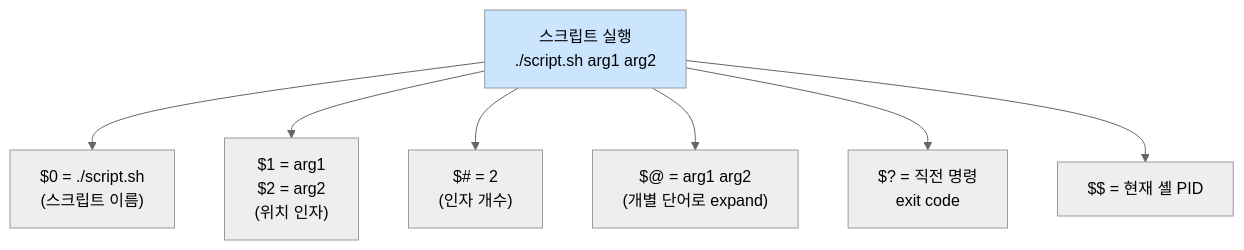
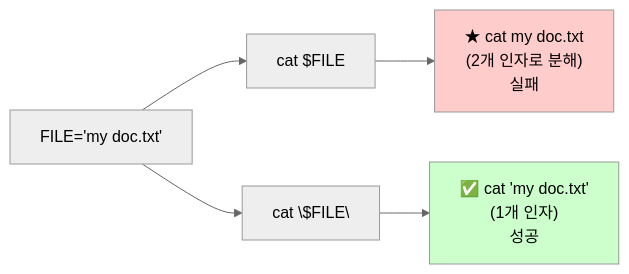
Before and after one commit to codewhite7777/codyssey_notes: the diagram in codyssey_b1_1_study/bash-fundamentals.md, drawn with Mermaid (neutral theme). The commit also changed other lines of this file and 5 other files, not shown here.

````diff
--- a/codyssey_b1_1_study/bash-fundamentals.md
+++ b/codyssey_b1_1_study/bash-fundamentals.md
@@ -90,11 +190,11 @@
 ```mermaid
-flowchart TD
-    A["스크립트 실행<br/>./script.sh arg1 arg2"] --> B["$0 = ./script.sh<br/>(스크립트 이름)"]
-    A --> C["$1 = arg1<br/>$2 = arg2<br/>(위치 인자)"]
-    A --> D["$# = 2<br/>(인자 개수)"]
-    A --> E["$@ = arg1 arg2<br/>(개별 단어로 expand)"]
-    A --> F["$? = 직전 명령<br/>exit code"]
-    A --> G["$$ = 현재 셸 PID"]
+flowchart LR
+    A["FILE='my doc.txt'"] --> B[cat $FILE]
+    A --> C["cat \"$FILE\""]
 
-    style A fill:#cce5ff
+    B --> D["★ cat my doc.txt<br/>(2개 인자로 분해)<br/>실패"]
+    C --> E["✅ cat 'my doc.txt'<br/>(1개 인자)<br/>성공"]
+
+    style D fill:#ffcccc
+    style E fill:#ccffcc
 ```
````
